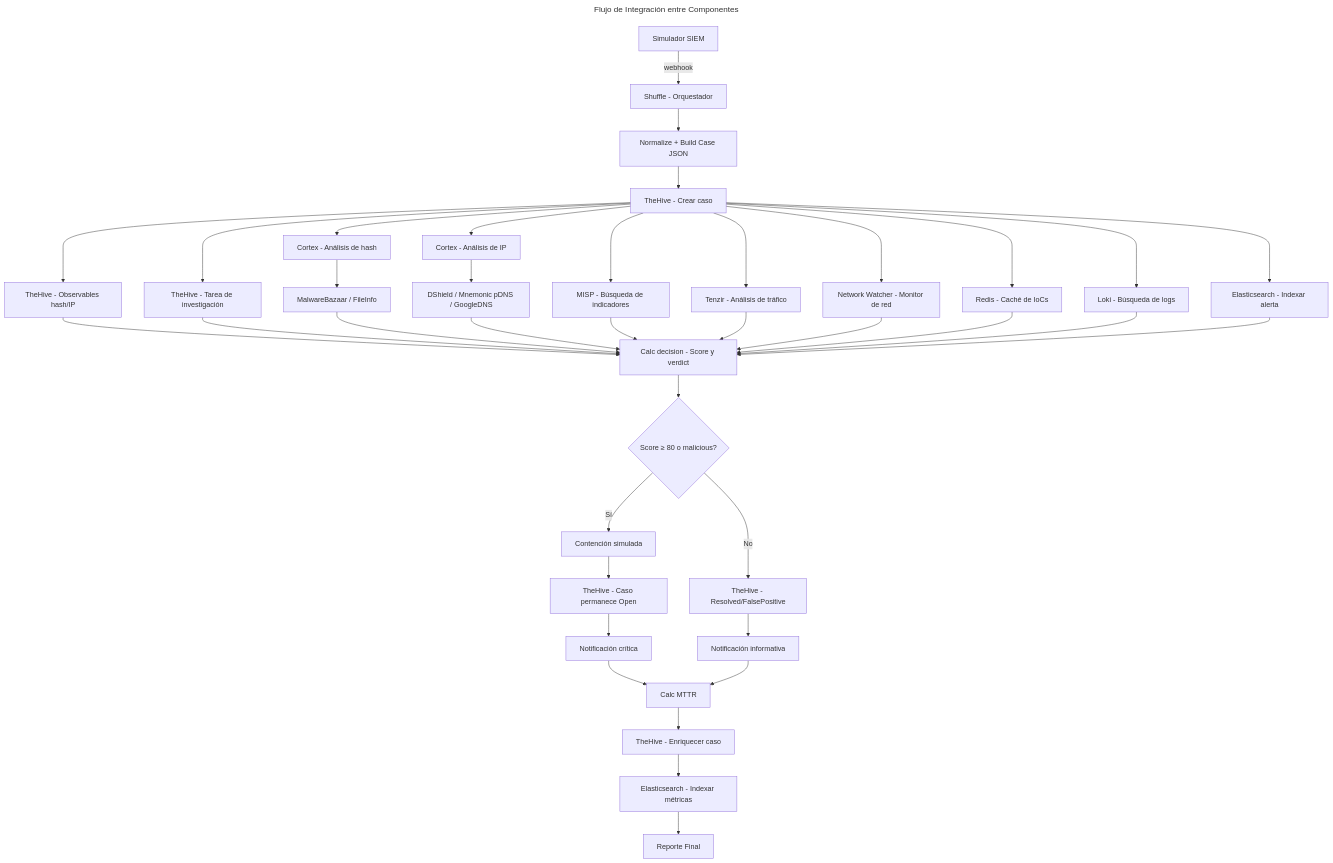
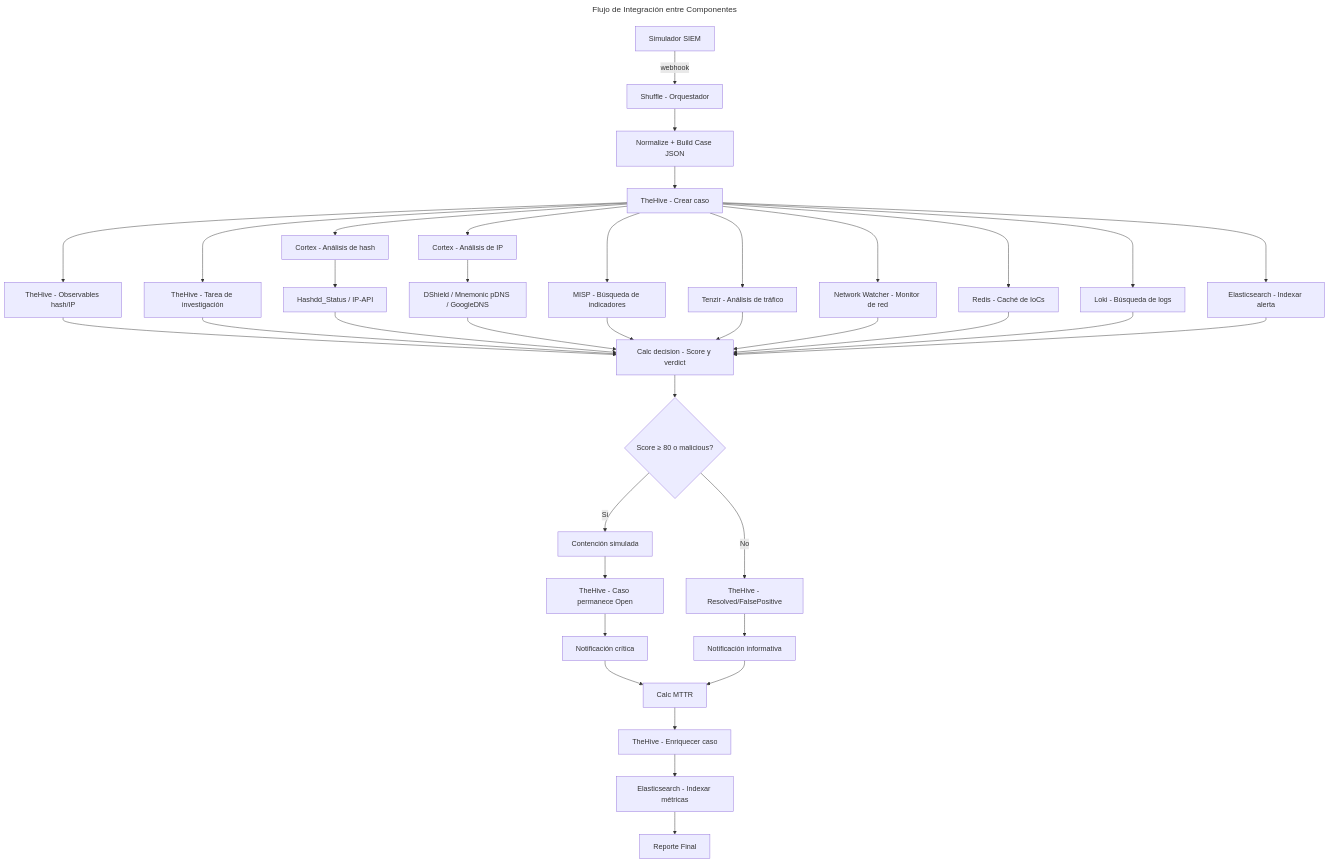
The fourth of 10 diagrams in docs/thesis/specific_development.md (alesanfe/soar-ransomware-lab), drawn with Mermaid before and after one commit. The commit also changed other lines of this file, not shown here.

````diff
--- a/docs/thesis/specific_development.md
+++ b/docs/thesis/specific_development.md
@@ -278,42 +278,42 @@
 ```mermaid
 ---
 title: Flujo de Integración entre Componentes
 ---
 graph TD
     A[Simulador SIEM] -->|webhook| B[Shuffle - Orquestador]
     B --> C[Normalize + Build Case JSON]
     C --> D[TheHive - Crear caso]
     D --> E[TheHive - Observables hash/IP]
     D --> F[TheHive - Tarea de investigación]
     D --> G[Cortex - Análisis de hash]
     D --> H[Cortex - Análisis de IP]
-    G --> I[MalwareBazaar / FileInfo]
+    G --> I[Hashdd_Status / IP-API]
     H --> J[DShield / Mnemonic pDNS / GoogleDNS]
     D --> K[MISP - Búsqueda de indicadores]
     D --> L[Tenzir - Análisis de tráfico]
     D --> M[Network Watcher - Monitor de red]
     D --> N[Redis - Caché de IoCs]
     D --> O[Loki - Búsqueda de logs]
     D --> ES[Elasticsearch - Indexar alerta]
     E --> P[Calc decision - Score y verdict]
     F --> P
     I --> P
     J --> P
     K --> P
     L --> P
     M --> P
     N --> P
     O --> P
     ES --> P
     P --> Q{Score ≥ 80 o malicious?}
     Q -->|Sí| R[Contención simulada]
     Q -->|No| S[TheHive - Resolved/FalsePositive]
     R --> T[TheHive - Caso permanece Open]
     T --> V[Notificación crítica]
     S --> W[Notificación informativa]
     V --> Y[Calc MTTR]
     W --> Y
     Y --> X[TheHive - Enriquecer caso]
     X --> Z[Elasticsearch - Indexar métricas]
     Z --> AA[Reporte Final]
 ```
````
